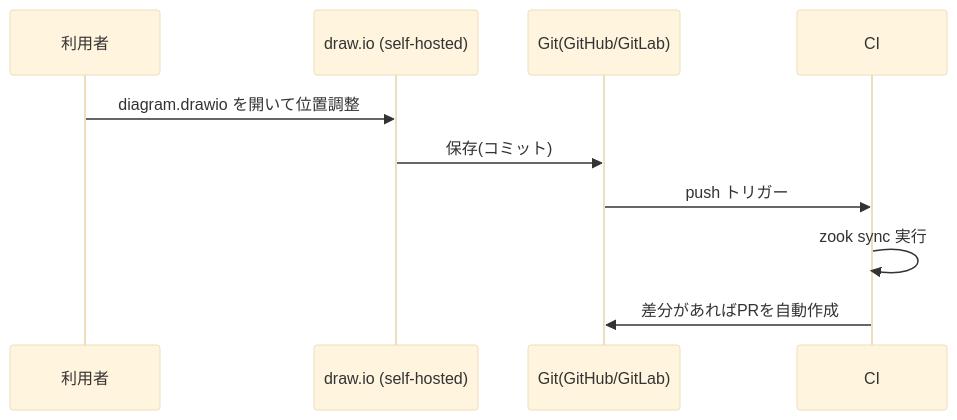
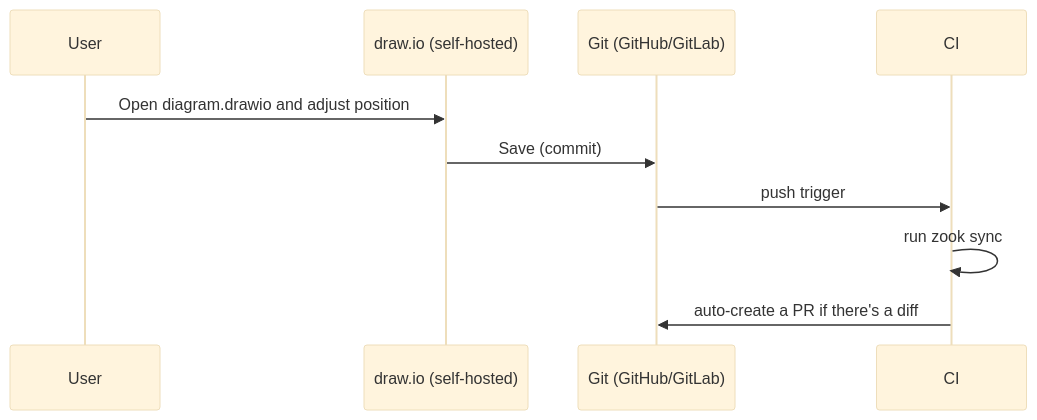
The diagram in docs-site/drawio-sync.md (taka-sho/zook), drawn with Mermaid (base theme) before and after one commit. The commit also changed other lines of this file and 18 other files, not shown here.

````diff
--- a/docs-site/drawio-sync.md
+++ b/docs-site/drawio-sync.md
@@ -45,13 +47,13 @@
 ```mermaid
 sequenceDiagram
-    participant U as 利用者
+    participant U as User
     participant D as draw.io (self-hosted)
-    participant G as Git(GitHub/GitLab)
+    participant G as Git (GitHub/GitLab)
     participant CI as CI
 
-    U->>D: diagram.drawio を開いて位置調整
-    D->>G: 保存(コミット)
-    G->>CI: push トリガー
-    CI->>CI: zook sync 実行
-    CI->>G: 差分があればPRを自動作成
+    U->>D: Open diagram.drawio and adjust position
+    D->>G: Save (commit)
+    G->>CI: push trigger
+    CI->>CI: run zook sync
+    CI->>G: auto-create a PR if there's a diff
 ```
````
